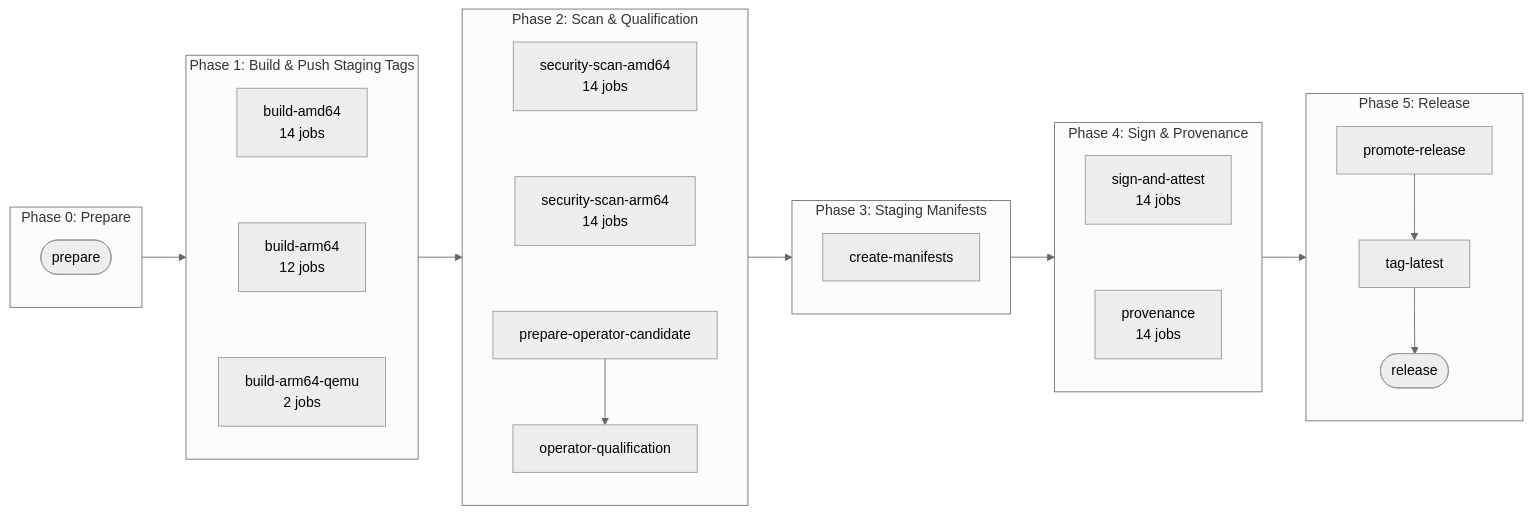
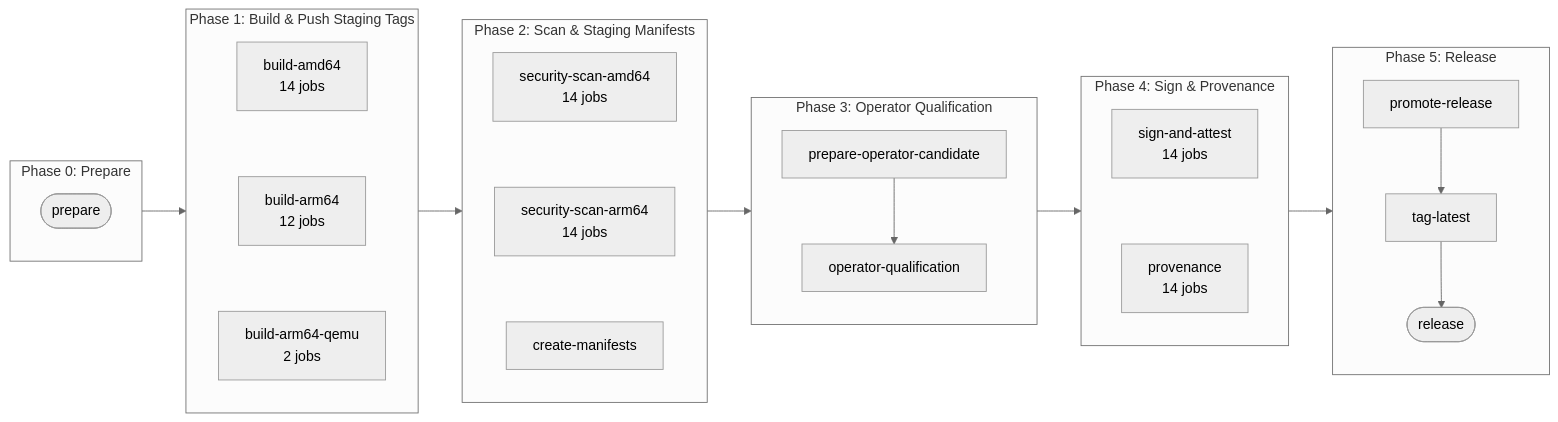
The second of 2 diagrams in docs/development/release/RELEASE_GUIDE.md (jordigilh/kubernaut), drawn with Mermaid (neutral theme) before and after one commit. The commit also changed other lines of this file and 1 other file, not shown here.

````diff
--- a/docs/development/release/RELEASE_GUIDE.md
+++ b/docs/development/release/RELEASE_GUIDE.md
@@ -431,45 +434,45 @@
 ```mermaid
 flowchart LR
     subgraph P0["Phase 0: Prepare"]
         prepare(["prepare"])
     end
 
     subgraph P1["Phase 1: Build & Push Staging Tags"]
         direction TB
         buildamd64["build-amd64\n14 jobs"]
         buildarm64["build-arm64\n12 jobs"]
         buildarm64qemu["build-arm64-qemu\n2 jobs"]
         buildamd64 ~~~ buildarm64 ~~~ buildarm64qemu
     end
 
-    subgraph P2["Phase 2: Scan & Qualification"]
+    subgraph P2["Phase 2: Scan & Staging Manifests"]
         direction TB
         scanamd64["security-scan-amd64\n14 jobs"]
         scanarm64["security-scan-arm64\n14 jobs"]
+        manifests["create-manifests"]
+        scanamd64 ~~~ scanarm64 ~~~ manifests
+    end
+
+    subgraph P3["Phase 3: Operator Qualification"]
+        direction TB
         candidate["prepare-operator-candidate"]
         qualification["operator-qualification"]
         candidate --> qualification
-        scanamd64 ~~~ scanarm64 ~~~ candidate
-    end
-
-    subgraph P3["Phase 3: Staging Manifests"]
-        direction TB
-        manifests["create-manifests"]
     end
 
     subgraph P4["Phase 4: Sign & Provenance"]
         direction TB
         signattest["sign-and-attest\n14 jobs"]
         provenance["provenance\n14 jobs"]
         signattest ~~~ provenance
     end
 
     subgraph P5["Phase 5: Release"]
         promote["promote-release"]
         latest["tag-latest"]
         release(["release"])
         promote --> latest --> release
     end
 
     P0 --> P1 --> P2 --> P3 --> P4 --> P5
 ```
````
